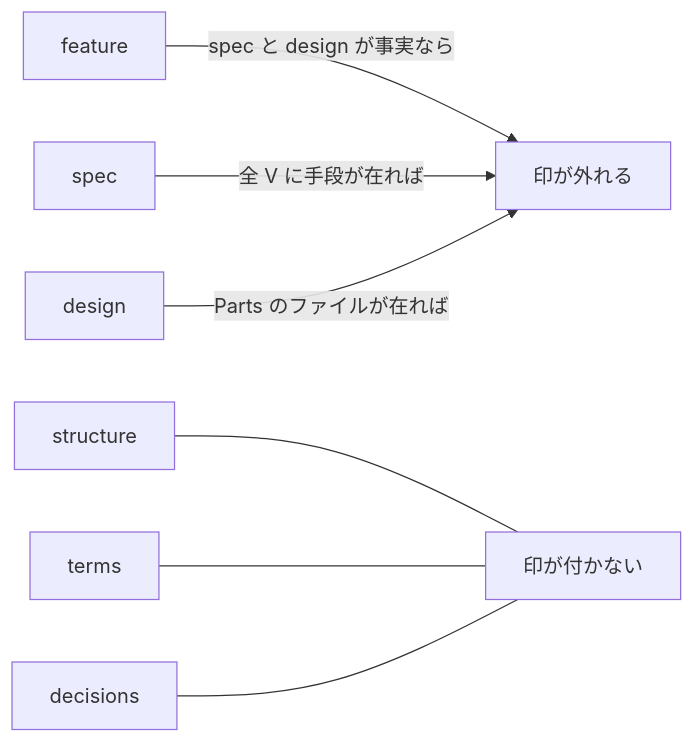
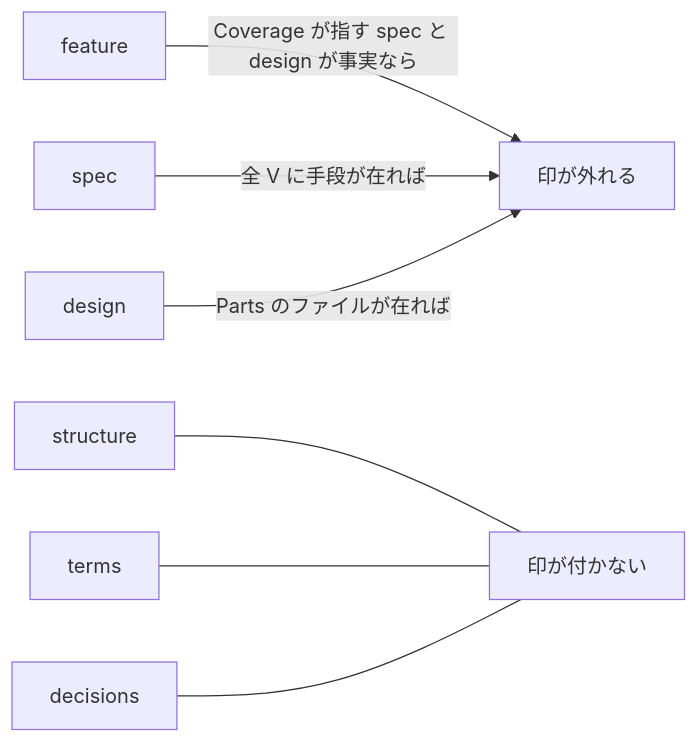
One commit to gameundwatch/archivist changed the third of 3 diagrams in docs/archivist/L3_structures/document-layers.md. Above: the diagram before and after it, drawn with Mermaid. The commit also changed other lines of this file and 30 other files, not shown here.

````diff
--- a/docs/archivist/L3_structures/document-layers.md
+++ b/docs/archivist/L3_structures/document-layers.md
@@ -62,9 +72,9 @@
 ```mermaid
 flowchart LR
-    F["feature"] -->|"spec と design が事実なら"| M["印が外れる"]
+    F["feature"] -->|"Coverage が指す spec と design が事実なら"| M["印が外れる"]
     S["spec"] -->|"全 V に手段が在れば"| M
     D["design"] -->|"Parts のファイルが在れば"| M
     ST["structure"] --- N["印が付かない"]
     T["terms"] --- N
     DC["decisions"] --- N
 ```
````
